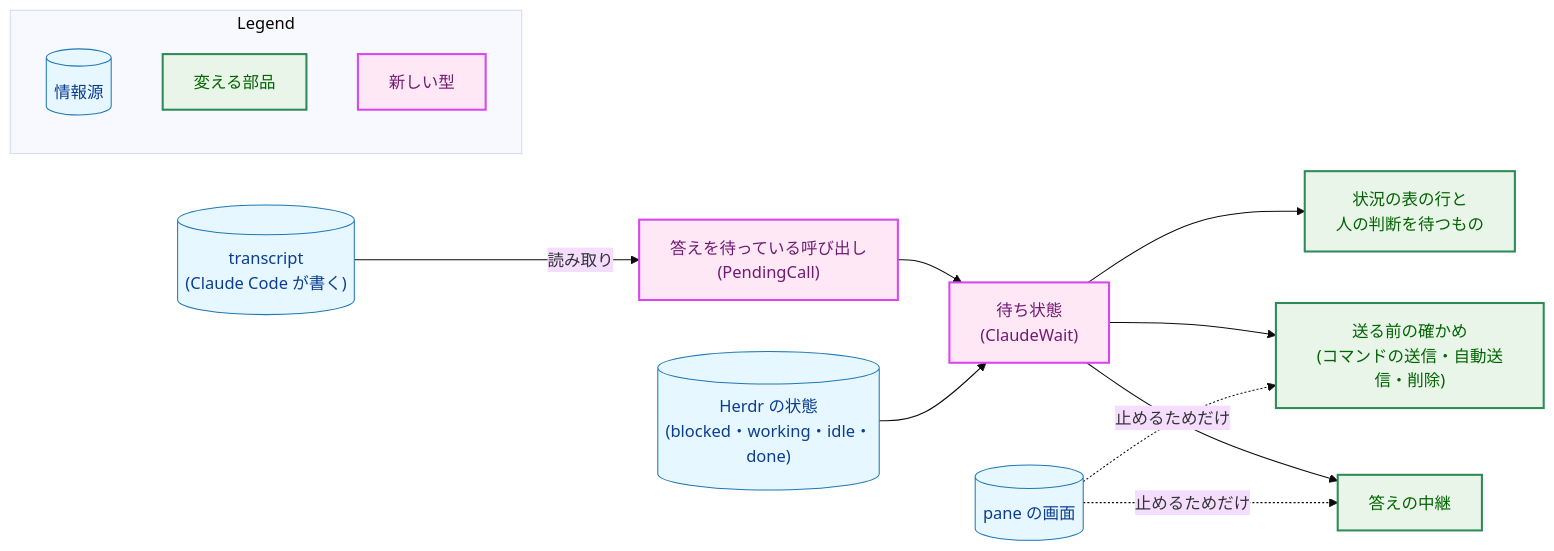
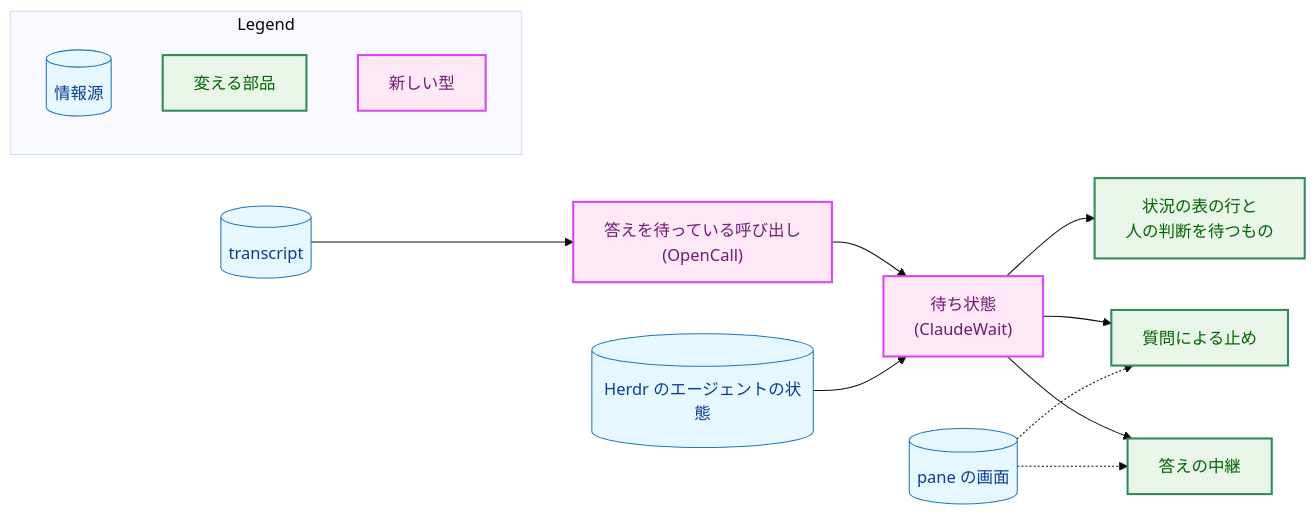
The first of 7 diagrams in docs/tasks/0096_chief_question_transcript/02_architecture.md (isseis/yt2column), drawn with Mermaid (base theme) before and after one commit. The commit also changed other lines of this file, not shown here.

First line of the commit message:
docs(0096): address the architecture review and Japanese prose findings

````diff
--- a/docs/tasks/0096_chief_question_transcript/02_architecture.md
+++ b/docs/tasks/0096_chief_question_transcript/02_architecture.md
@@ -47,38 +51,37 @@
 ```mermaid
 flowchart LR
     classDef data fill:#e6f7ff,stroke:#1f77b4,stroke-width:1px,color:#0b3d91;
-    classDef process fill:#fff1e6,stroke:#ff7f0e,stroke-width:1px,color:#8a3e00;
     classDef enhanced fill:#e8f5e8,stroke:#2e8b57,stroke-width:2px,color:#006400;
     classDef newpkg fill:#ffe8f5,stroke:#d946ef,stroke-width:2px,color:#701a75;
 
-    TR[("transcript<br>(Claude Code が書く)")]
-    ST[("Herdr の状態<br>(blocked・working・idle・done)")]
+    TR[("transcript")]
+    ST[("Herdr のエージェントの状態")]
     SC[("pane の画面")]
-    CALLS["答えを待っている呼び出し<br>(PendingCall)"]
+    CALLS["答えを待っている呼び出し<br>(OpenCall)"]
     WAIT["待ち状態<br>(ClaudeWait)"]
     ROW["状況の表の行と<br>人の判断を待つもの"]
-    QUIET["送る前の確かめ<br>(コマンドの送信・自動送信・削除)"]
+    STOP["質問による止め"]
     RELAY["答えの中継"]
 
-    TR -->|"読み取り"| CALLS
+    TR --> CALLS
     CALLS --> WAIT
     ST --> WAIT
     WAIT --> ROW
-    WAIT --> QUIET
+    WAIT --> STOP
     WAIT --> RELAY
-    SC -.->|"止めるためだけ"| QUIET
-    SC -.->|"止めるためだけ"| RELAY
+    SC -.-> STOP
+    SC -.-> RELAY
 
     class TR,ST,SC data
-    class ROW,QUIET,RELAY enhanced
+    class ROW,STOP,RELAY enhanced
     class CALLS,WAIT newpkg
 
     subgraph Legend["Legend"]
         L1[("情報源")]
         L2["変える部品"]
         L3["新しい型"]
     end
     class L1 data
     class L2 enhanced
     class L3 newpkg
 ```
````
